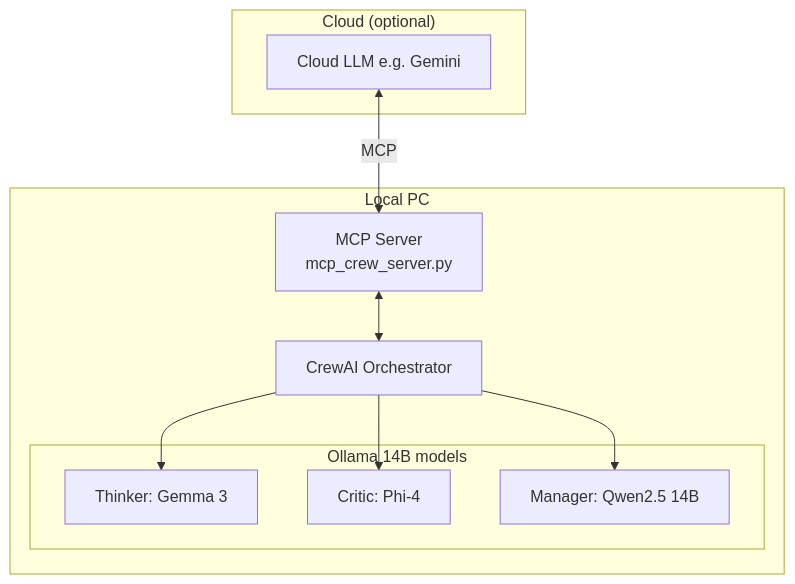
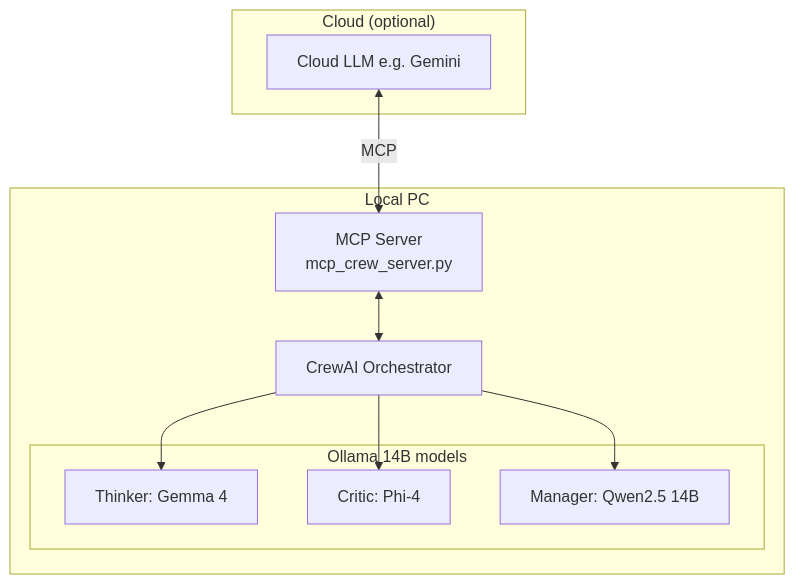
Before and after one commit to ryohryp/hera-crew: the diagram in README.md, drawn with Mermaid. The commit also changed other lines of this file and 6 other files, not shown here.

````diff
--- a/README.md
+++ b/README.md
@@ -47,23 +47,23 @@
 ```mermaid
 graph TD
     subgraph "Cloud (optional)"
         A[Cloud LLM e.g. Gemini]
     end
 
     subgraph "Local PC"
         B[MCP Server<br/>mcp_crew_server.py]
         C[CrewAI Orchestrator]
 
         subgraph "Ollama 14B models"
-            D[Thinker: Gemma 3]
+            D[Thinker: Gemma 4]
             E[Critic: Phi-4]
             F[Manager: Qwen2.5 14B]
         end
     end
 
     A <-->|MCP| B
     B <--> C
     C --> D
     C --> E
     C --> F
 ```
````
